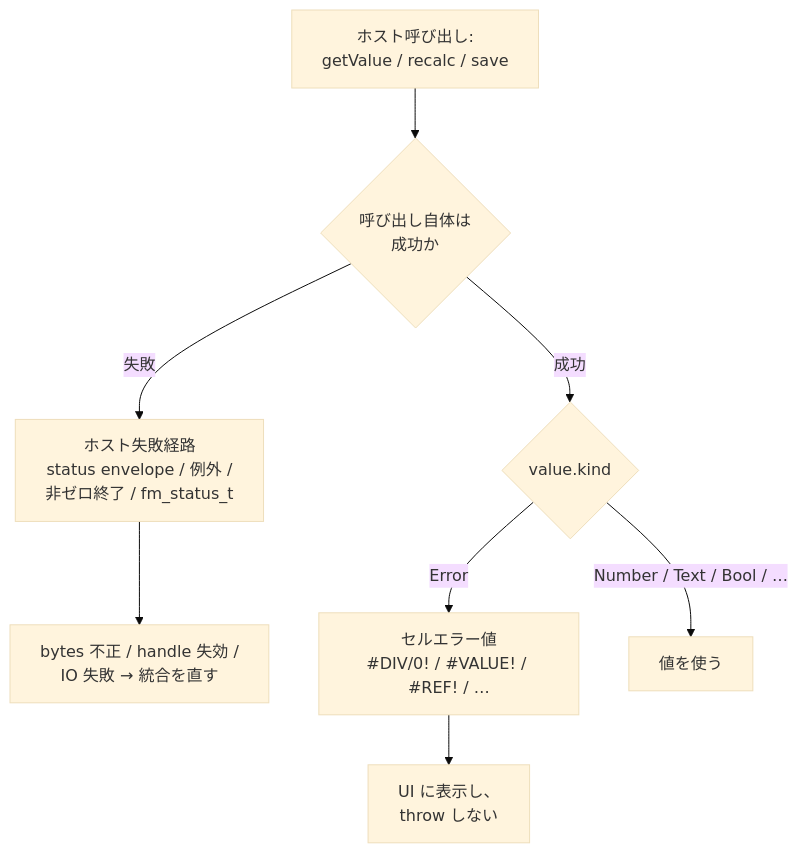
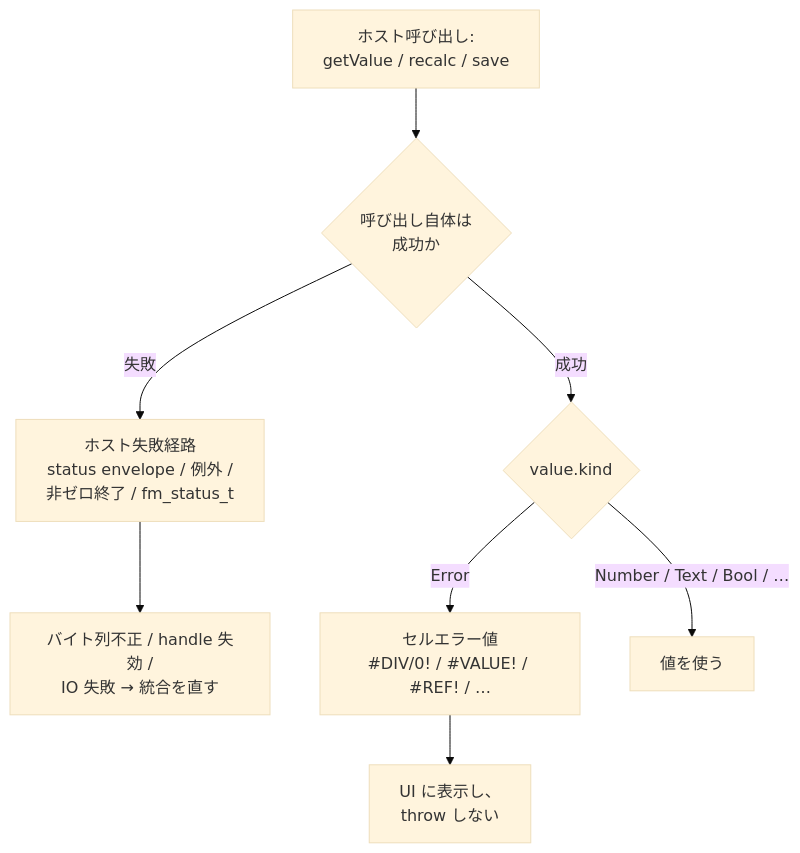
Before and after one commit to libraz/formulon-homepage: the diagram in src/ja/compatibility/errors.md, drawn with Mermaid (base theme). The commit also changed other lines of this file and 49 other files, not shown here.

````diff
--- a/src/ja/compatibility/errors.md
+++ b/src/ja/compatibility/errors.md
@@ -9,10 +9,10 @@
 ```mermaid
 flowchart TD
   CALL[ホスト呼び出し:<br/>getValue / recalc / save] --> OK{呼び出し自体は<br/>成功か}
   OK -->|失敗| HOST[ホスト失敗経路<br/>status envelope / 例外 /<br/>非ゼロ終了 / fm_status_t]
-  HOST --> FIX[bytes 不正 / handle 失効 /<br/>IO 失敗 → 統合を直す]
+  HOST --> FIX[バイト列不正 / handle 失効 /<br/>IO 失敗 → 統合を直す]
   OK -->|成功| KIND{value.kind}
   KIND -->|Error| CELL[セルエラー値<br/>#DIV/0! / #VALUE! / #REF! / …]
   CELL --> SHOW[UI に表示し、<br/>throw しない]
   KIND -->|Number / Text / Bool / …| USE[値を使う]
 ```
````
